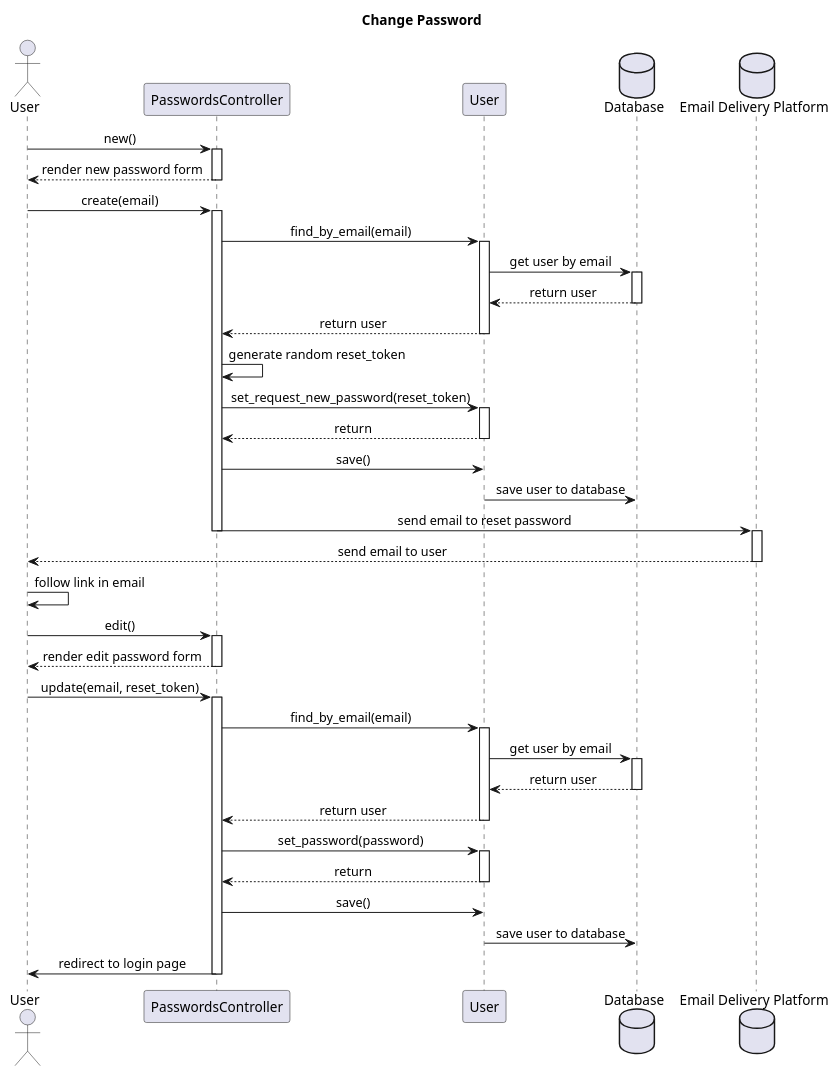
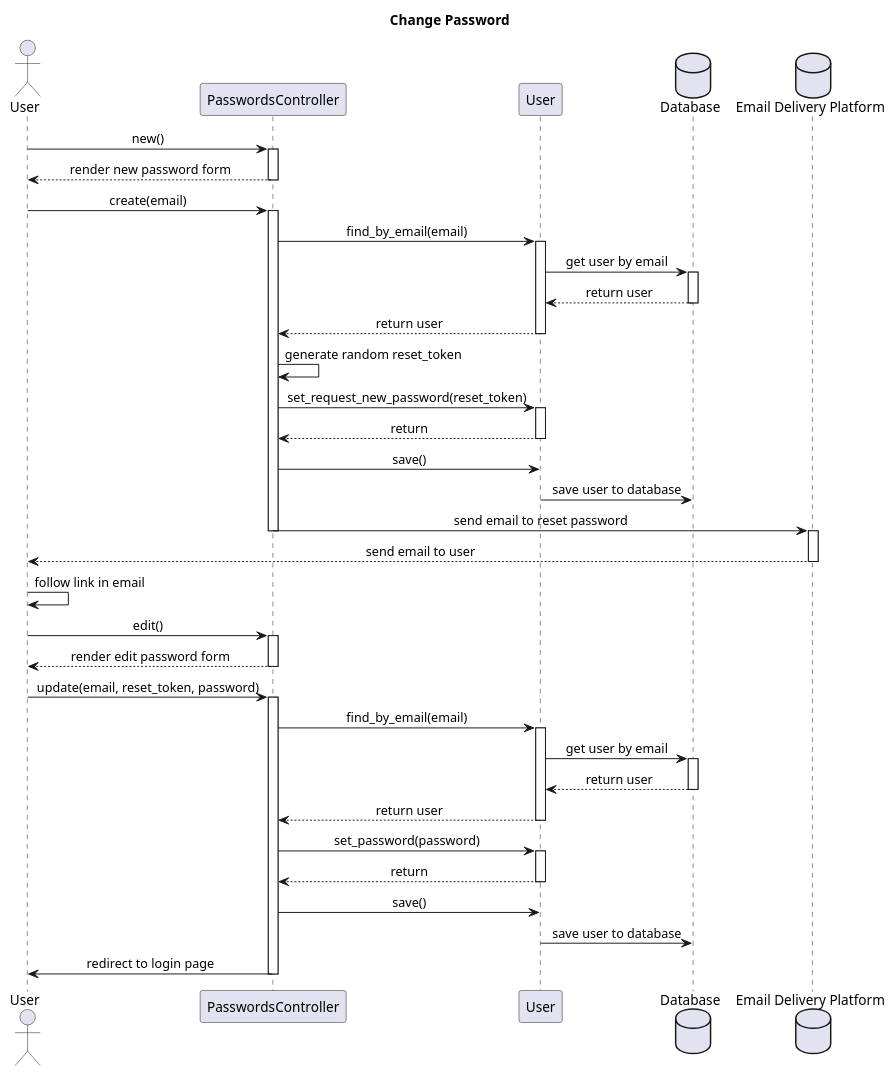
The diagram in docs/preliminary_design/change_password_seq.plantuml (calebschoepp/canvasync), drawn with PlantUML before and after one commit. The commit also changed 19 other files, not shown here.

Commit message:
Lotta uml

```diff
--- a/docs/preliminary_design/change_password_seq.plantuml
+++ b/docs/preliminary_design/change_password_seq.plantuml
@@ -1,62 +1,62 @@
 @startuml Change Password
 title Change Password
 skinparam sequenceMessageAlign center
 
 actor User as user
 participant PasswordsController as pc
 participant User as um
 database Database as db
 database "Email Delivery Platform" as email
 
 user -> pc : new()
 activate pc
 user <-- pc : render new password form
 deactivate pc
 
 user -> pc : create(email)
 activate pc
 pc -> um : find_by_email(email)
 activate um
 um -> db : get user by email
 activate db
 um <-- db : return user
 deactivate db
 pc <-- um : return user
 deactivate um
 pc -> pc : generate random reset_token
 pc -> um : set_request_new_password(reset_token)
 activate um
 pc <-- um : return
 deactivate um
 pc -> um : save()
 um -> db : save user to database
 pc -> email : send email to reset password
 deactivate pc
 activate email
 user <-- email : send email to user
 deactivate email
 user -> user : follow link in email
 user -> pc : edit()
 activate pc
 user <-- pc : render edit password form
 deactivate pc
-user -> pc : update(email, reset_token)
+user -> pc : update(email, reset_token, password)
 activate pc
 pc -> um : find_by_email(email)
 activate um
 um -> db : get user by email
 activate db
 um <-- db : return user
 deactivate db
 pc <-- um : return user
 deactivate um
 pc -> um : set_password(password)
 activate um
 pc <-- um : return
 deactivate um
 pc -> um : save()
 um -> db : save user to database
 
 user <- pc : redirect to login page
 deactivate pc
 @enduml
```
